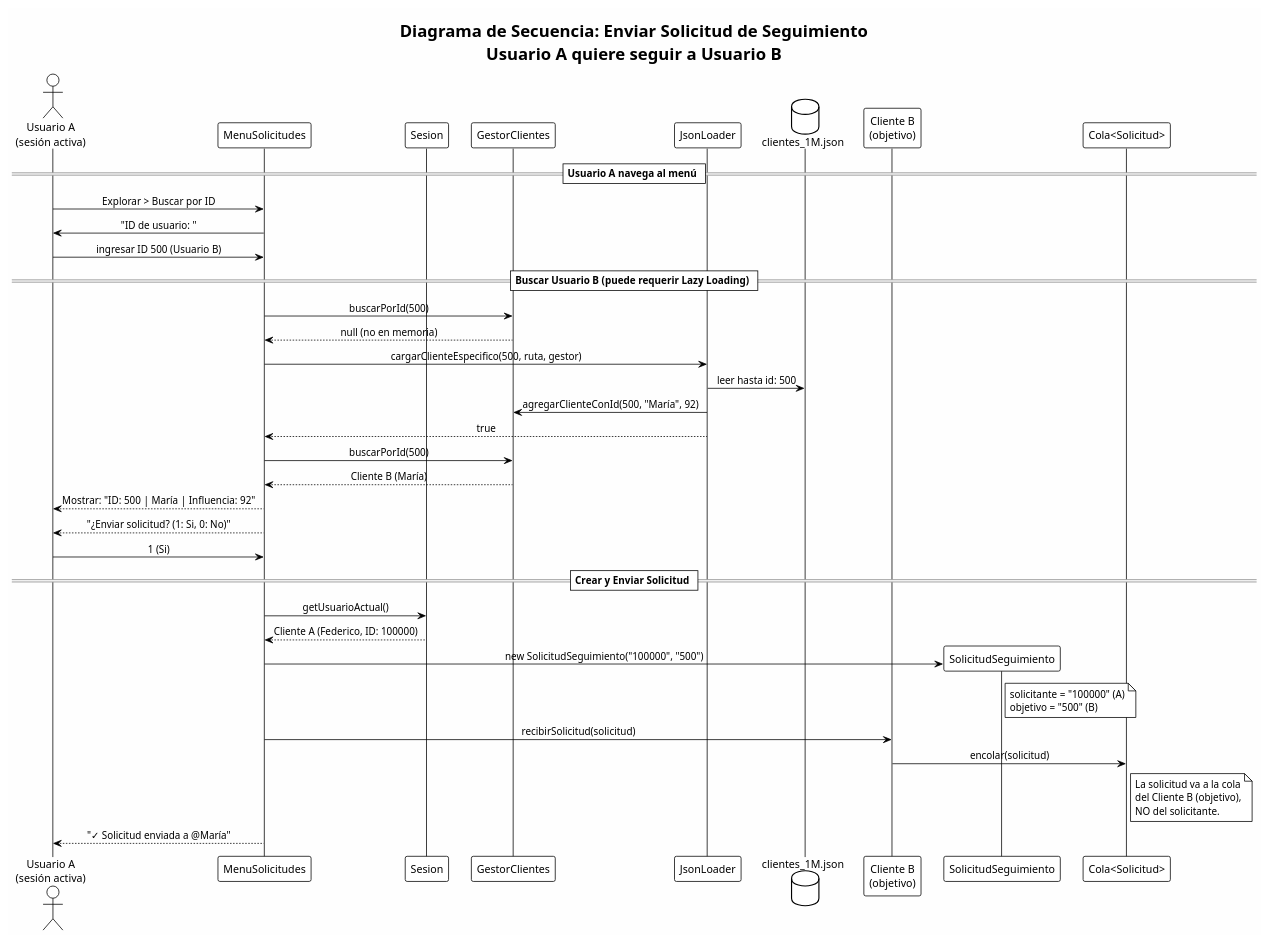
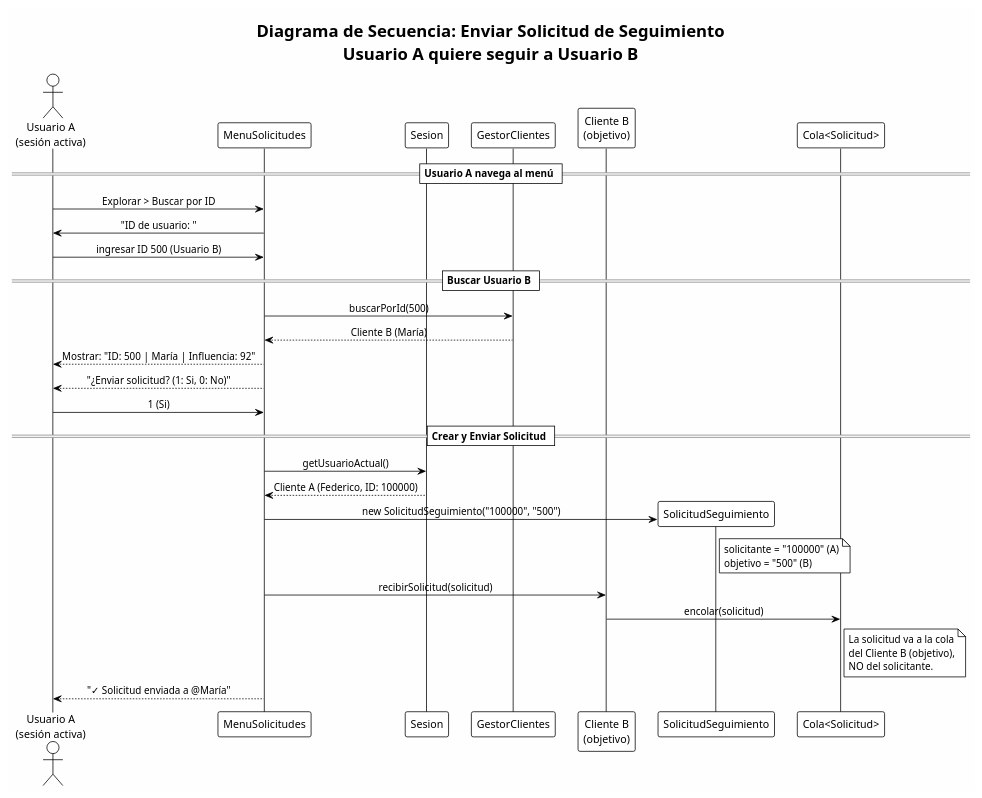
One commit to andreiveisuade/TPO-AyED-II---Red-Social-UADE---Grupo-12 changed the diagram in docs/diagramas/secuencia_enviar_solicitud.puml. Above: the diagram before and after it, drawn with PlantUML. The commit also changed 9 other files, not shown here.

Commit message:
Actualizar documentación: TDAs, arquitectura e invariantes. Refactorizar diagramas UML para reflejar implementación in-memory y sin rehacer.

```diff
--- a/docs/diagramas/secuencia_enviar_solicitud.puml
+++ b/docs/diagramas/secuencia_enviar_solicitud.puml
@@ -1,59 +1,49 @@
-@startuml Secuencia: Enviar Solicitud de Seguimiento
+@startuml Secuencia: Enviar Solicitud
 !theme plain
 skinparam backgroundColor #FEFEFE
 skinparam sequenceMessageAlign center
 
 title **Diagrama de Secuencia: Enviar Solicitud de Seguimiento**\nUsuario A quiere seguir a Usuario B
 
 actor "Usuario A\n(sesión activa)" as userA
 participant "MenuSolicitudes" as menuSol
 participant "Sesion" as sesion
 participant "GestorClientes" as gestor
-participant "JsonLoader" as loader
-database "clientes_1M.json" as json
 participant "Cliente B\n(objetivo)" as clienteB
 participant "SolicitudSeguimiento" as solicitud
 participant "Cola<Solicitud>" as cola
 
 == Usuario A navega al menú ==
 userA -> menuSol : Explorar > Buscar por ID
 menuSol -> userA : "ID de usuario: "
 userA -> menuSol : ingresar ID 500 (Usuario B)
 
-== Buscar Usuario B (puede requerir Lazy Loading) ==
-menuSol -> gestor : buscarPorId(500)
-gestor --> menuSol : null (no en memoria)
-
-menuSol -> loader : cargarClienteEspecifico(500, ruta, gestor)
-loader -> json : leer hasta id: 500
-loader -> gestor : agregarClienteConId(500, "María", 92)
-loader --> menuSol : true
-
+== Buscar Usuario B ==
 menuSol -> gestor : buscarPorId(500)
 gestor --> menuSol : Cliente B (María)
 
 menuSol --> userA : Mostrar: "ID: 500 | María | Influencia: 92"
 menuSol --> userA : "¿Enviar solicitud? (1: Si, 0: No)"
 userA -> menuSol : 1 (Si)
 
 == Crear y Enviar Solicitud ==
 menuSol -> sesion : getUsuarioActual()
 sesion --> menuSol : Cliente A (Federico, ID: 100000)
 
 menuSol -> solicitud ** : new SolicitudSeguimiento("100000", "500")
 note right of solicitud
     solicitante = "100000" (A)
     objetivo = "500" (B)
 end note
 
 menuSol -> clienteB : recibirSolicitud(solicitud)
 clienteB -> cola : encolar(solicitud)
 note right of cola
     La solicitud va a la cola
     del Cliente B (objetivo),
     NO del solicitante.
 end note
 
 menuSol --> userA : "✓ Solicitud enviada a @María"
 
 @enduml
```
